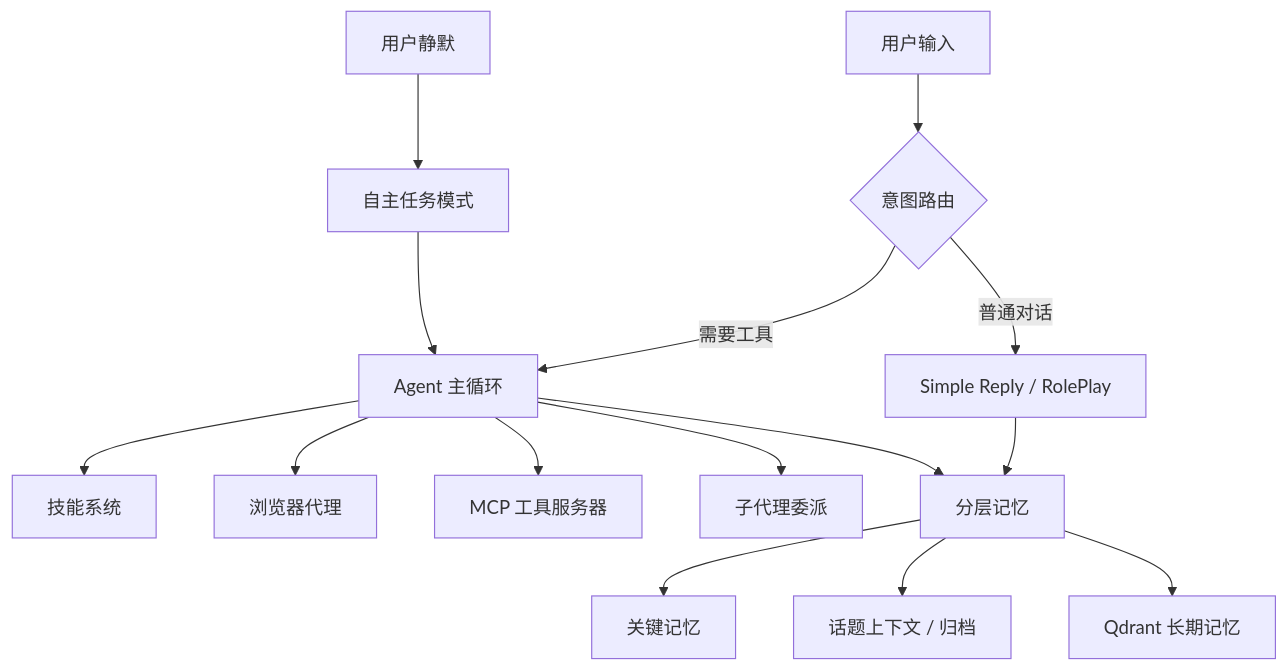
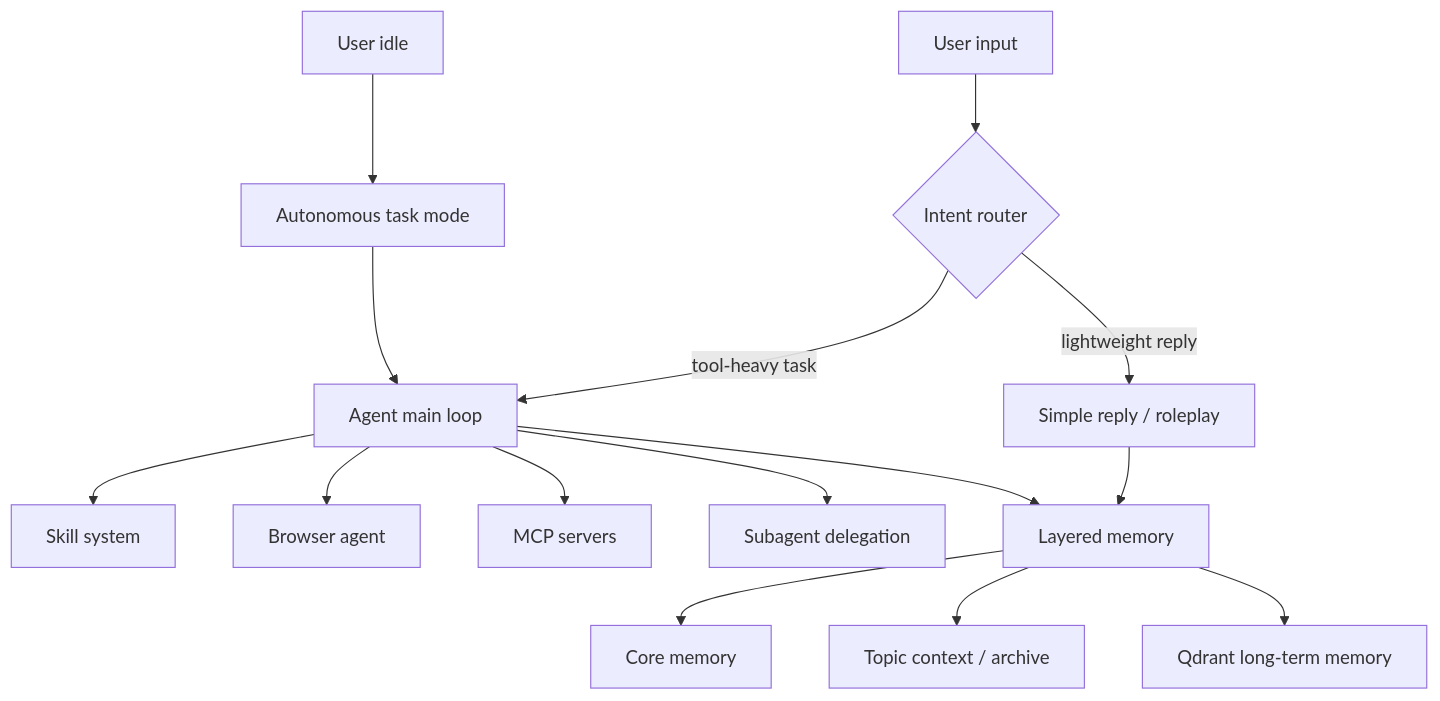
The diagram in README.md (Ctrl-cv-engineer/Selena), drawn with Mermaid before and after one commit. The commit also changed other lines of this file and 39 other files, not shown here.

````diff
--- a/README.md
+++ b/README.md
@@ -91,21 +93,21 @@
 ```mermaid
 flowchart TB
-    User["用户输入"] --> Router{"意图路由"}
-    Router -->|普通对话| Chat["Simple Reply / RolePlay"]
-    Router -->|需要工具| Agent["Agent 主循环"]
+    User["User input"] --> Router{"Intent router"}
+    Router -->|lightweight reply| Chat["Simple reply / roleplay"]
+    Router -->|tool-heavy task| Agent["Agent main loop"]
 
-    Agent --> Skills["技能系统"]
-    Agent --> Browser["浏览器代理"]
-    Agent --> MCP["MCP 工具服务器"]
-    Agent --> Sub["子代理委派"]
+    Agent --> Skills["Skill system"]
+    Agent --> Browser["Browser agent"]
+    Agent --> MCP["MCP servers"]
+    Agent --> Sub["Subagent delegation"]
 
-    Chat --> Memory["分层记忆"]
+    Chat --> Memory["Layered memory"]
     Agent --> Memory
 
-    Memory --> Context["关键记忆"]
-    Memory --> Topic["话题上下文 / 归档"]
-    Memory --> Vector["Qdrant 长期记忆"]
+    Memory --> Core["Core memory"]
+    Memory --> Topic["Topic context / archive"]
+    Memory --> Vector["Qdrant long-term memory"]
 
-    Idle["用户静默"] --> Auto["自主任务模式"]
+    Idle["User idle"] --> Auto["Autonomous task mode"]
     Auto --> Agent
 ```
````
